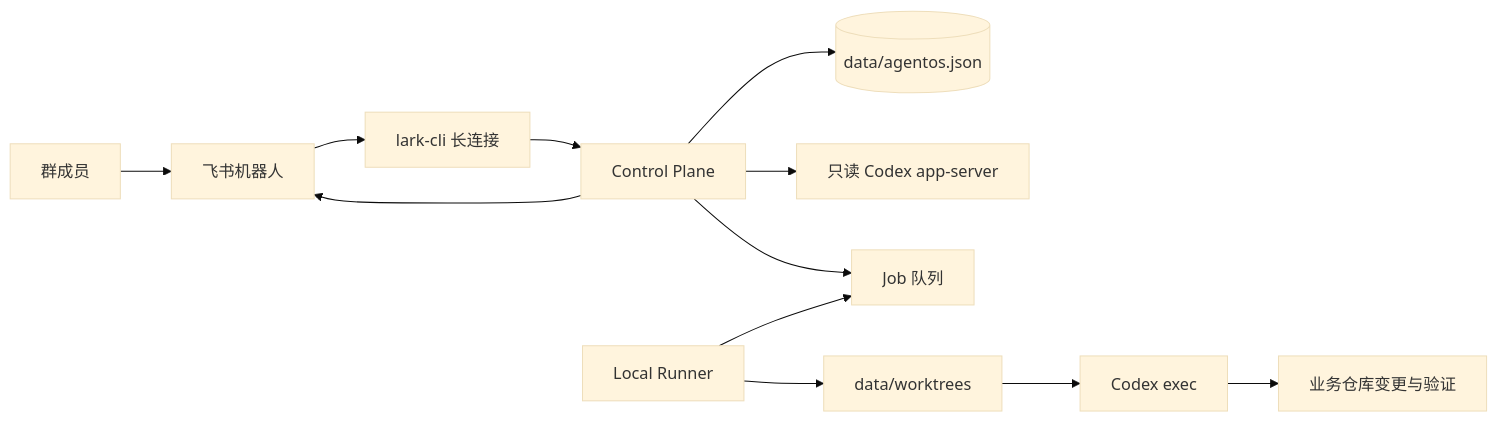
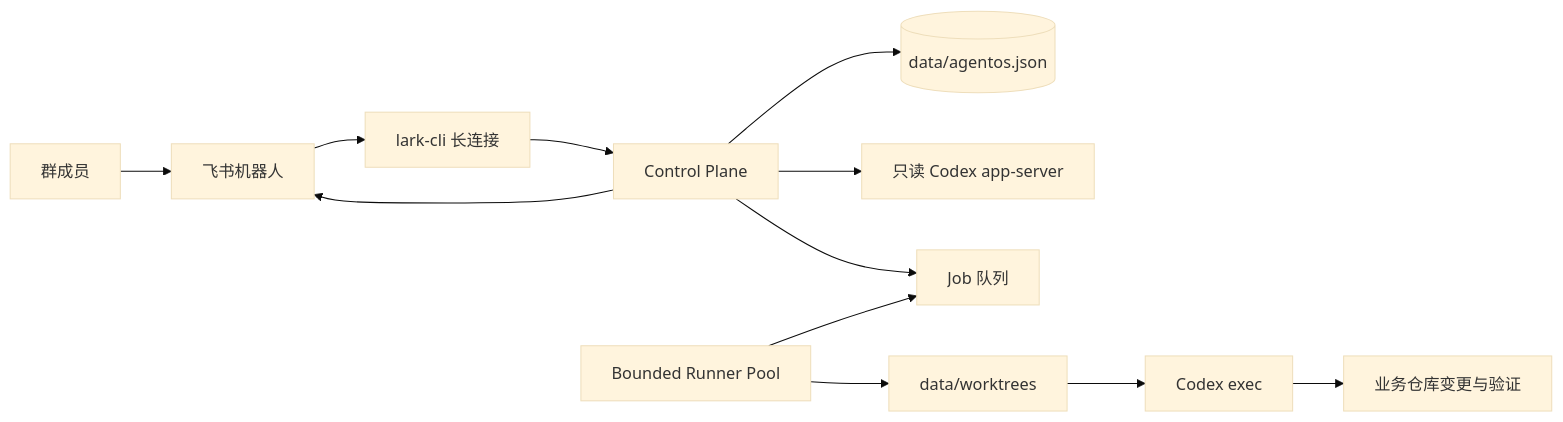
One commit to angelaboy0113/agentos changed the diagram in docs/architecture.md. Above: the diagram before and after it, drawn with Mermaid (base theme). The commit also changed other lines of this file and 29 other files, not shown here.

````diff
--- a/docs/architecture.md
+++ b/docs/architecture.md
@@ -9,14 +9,14 @@
 ```mermaid
 flowchart LR
   U[群成员] --> F[飞书机器人]
   F --> E[lark-cli 长连接]
   E --> C[Control Plane]
   C --> S[(data/agentos.json)]
   C --> A[只读 Codex app-server]
   C --> Q[Job 队列]
-  R[Local Runner] --> Q
+  R[Bounded Runner Pool] --> Q
   R --> W[data/worktrees]
   W --> X[Codex exec]
   X --> B[业务仓库变更与验证]
   C --> F
 ```
````
